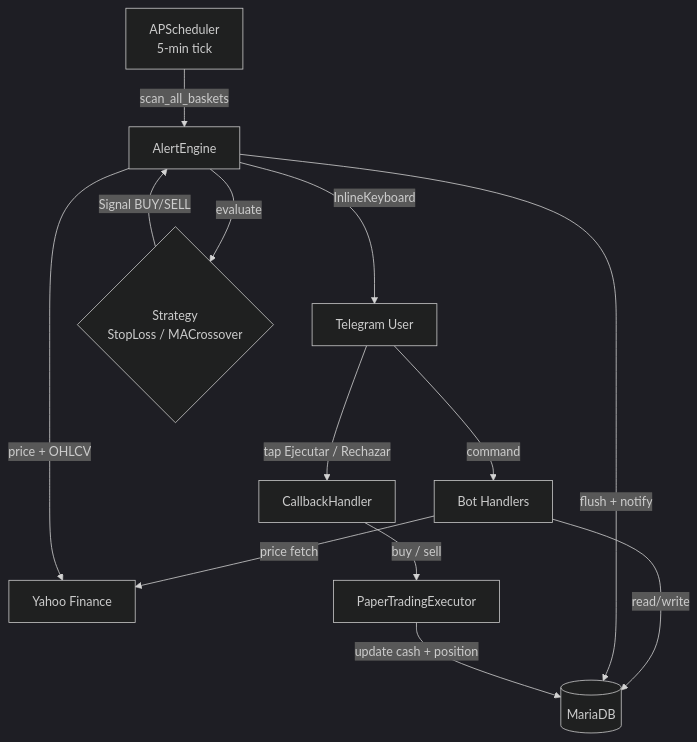
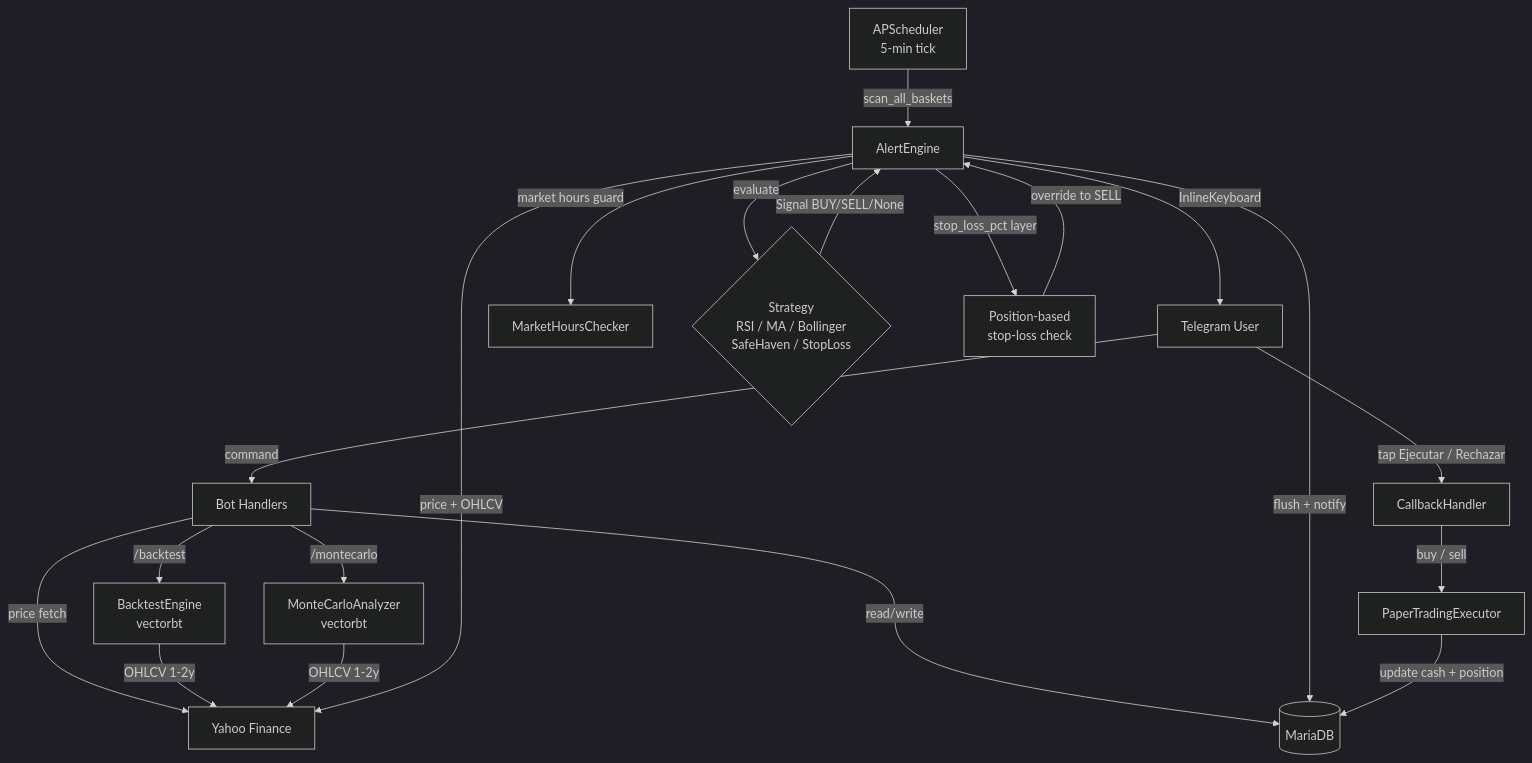
Before and after one commit to Zell0ss/scroogebot: the diagram in ARCHITECTURE.md, drawn with Mermaid (dark theme). The commit also changed other lines of this file and 3 other files, not shown here.

First line of the commit message:
docs: update ARCHITECTURE, CHANGELOG, QUICKSTART to reflect current state

````diff
--- a/ARCHITECTURE.md
+++ b/ARCHITECTURE.md
@@ -11,17 +11,24 @@
 ```mermaid
 graph TD
     TG[Telegram User] -->|command| BOT[Bot Handlers]
     BOT -->|read/write| DB[(MariaDB)]
     BOT -->|price fetch| YF[Yahoo Finance]
 
+    BOT -->|/backtest| BE[BacktestEngine\nvectorbt]
+    BOT -->|/montecarlo| MC[MonteCarloAnalyzer\nvectorbt]
+    BE & MC -->|OHLCV 1-2y| YF
+
     SCHED[APScheduler\n5-min tick] -->|scan_all_baskets| AE[AlertEngine]
+    AE -->|market hours guard| MH[MarketHoursChecker]
     AE -->|price + OHLCV| YF
-    AE -->|evaluate| ST{Strategy\nStopLoss / MACrossover}
-    ST -->|Signal BUY/SELL| AE
+    AE -->|evaluate| ST{Strategy\nRSI / MA / Bollinger\nSafeHaven / StopLoss}
+    ST -->|Signal BUY/SELL/None| AE
+    AE -->|stop_loss_pct layer| SL[Position-based\nstop-loss check]
+    SL -->|override to SELL| AE
     AE -->|flush + notify| DB
     AE -->|InlineKeyboard| TG
 
     TG -->|tap Ejecutar / Rechazar| CB[CallbackHandler]
     CB -->|buy / sell| PE[PaperTradingExecutor]
     PE -->|update cash + position| DB
 ```
````
